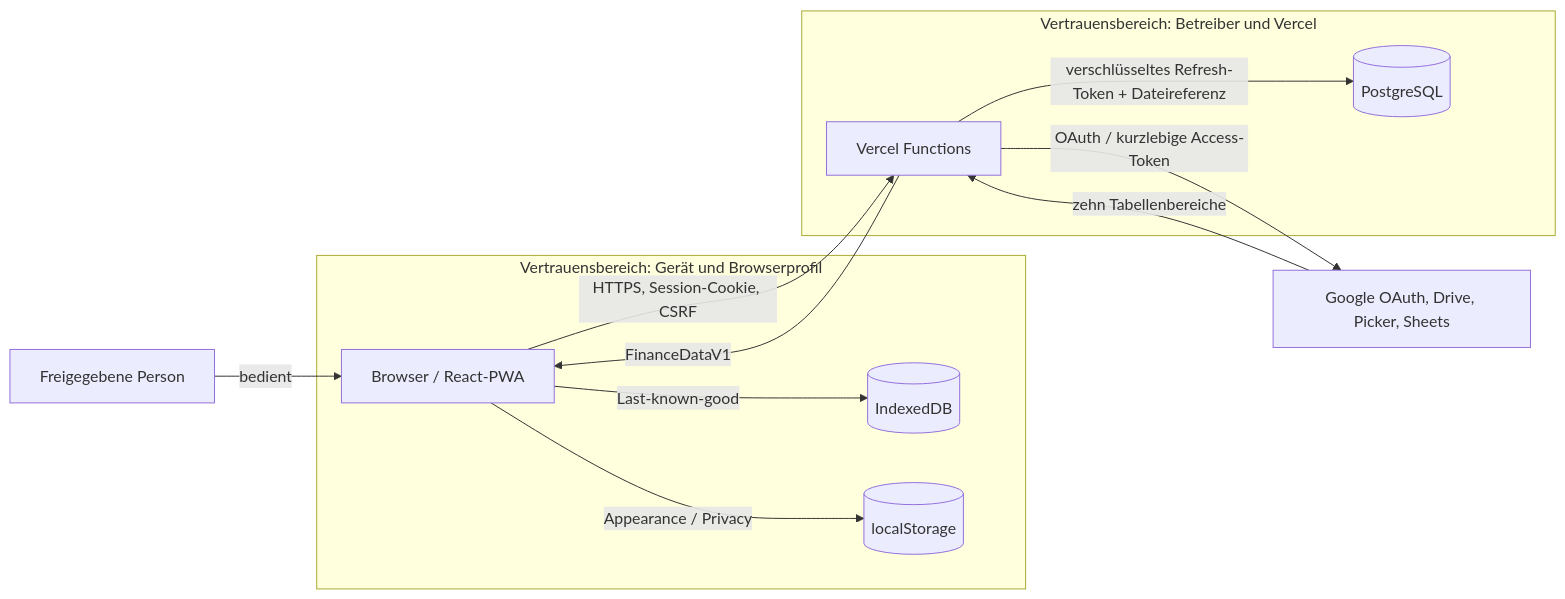
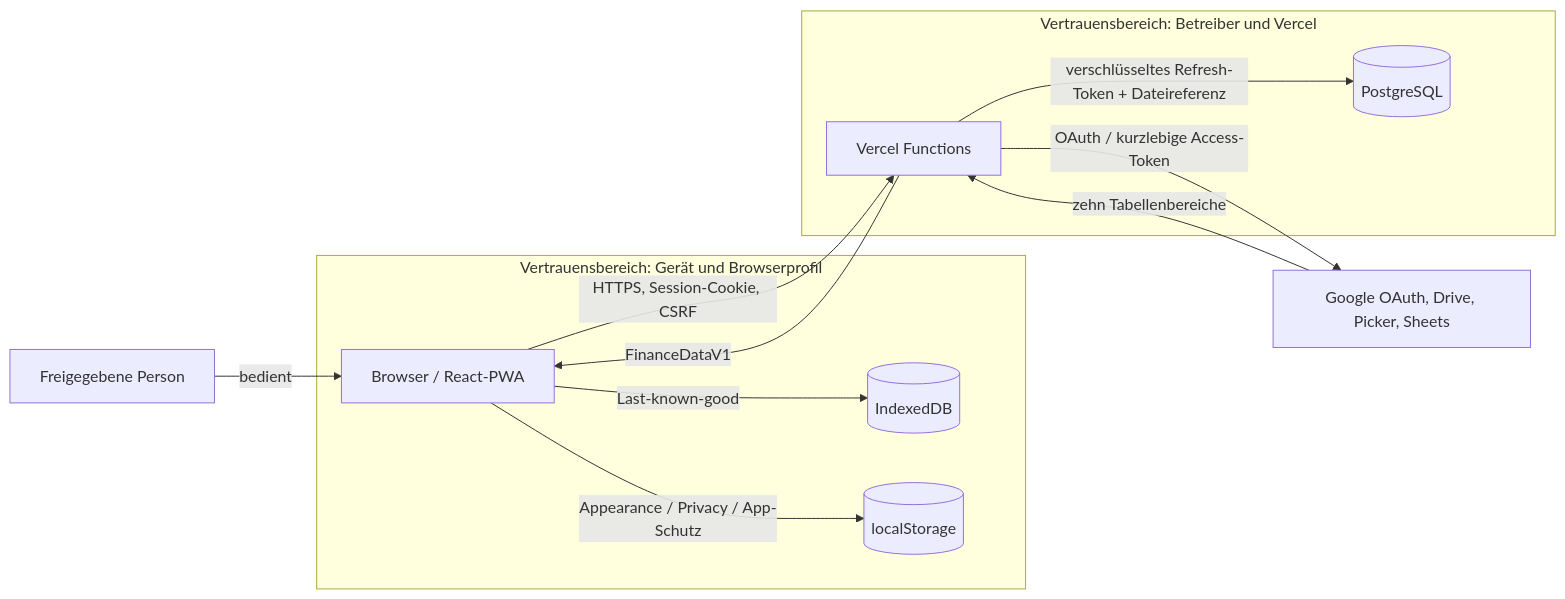
The diagram in docs/architektur/ueberblick.md (hernstev97/accura), drawn with Mermaid before and after one commit. The commit also changed other lines of this file and 40 other files, not shown here.

Commit message:
feat: add ACC-14 app privacy and PIN lock

````diff
--- a/docs/architektur/ueberblick.md
+++ b/docs/architektur/ueberblick.md
@@ -15,21 +15,21 @@
 ```mermaid
 flowchart LR
   U[Freigegebene Person] -->|bedient| B[Browser / React-PWA]
   B -->|HTTPS, Session-Cookie, CSRF| V[Vercel Functions]
   V -->|OAuth / kurzlebige Access-Token| G[Google OAuth, Drive, Picker, Sheets]
   V -->|verschlüsseltes Refresh-Token + Dateireferenz| P[(PostgreSQL)]
   G -->|zehn Tabellenbereiche| V
   V -->|FinanceDataV1| B
   B -->|Last-known-good| I[(IndexedDB)]
-  B -->|Appearance / Privacy| L[(localStorage)]
+  B -->|Appearance / Privacy / App-Schutz| L[(localStorage)]
 
   subgraph Geraet[Vertrauensbereich: Gerät und Browserprofil]
     B
     I
     L
   end
   subgraph Server[Vertrauensbereich: Betreiber und Vercel]
     V
     P
   end
 ```
````
